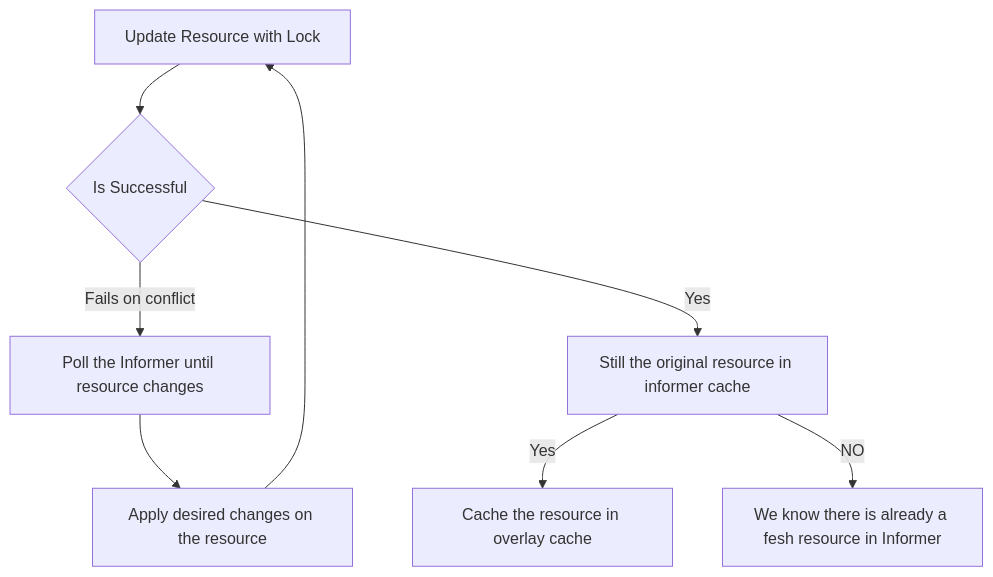
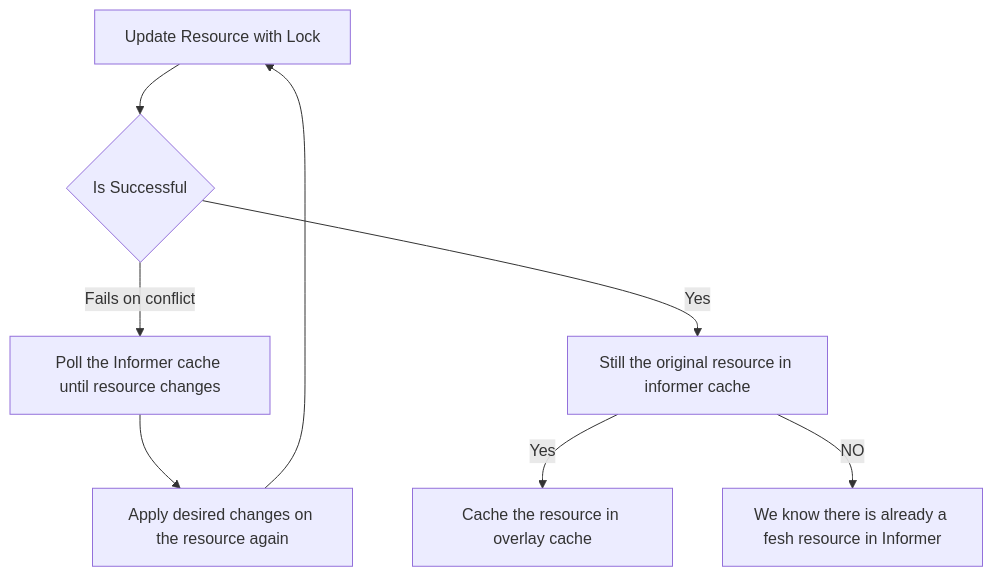
One commit to operator-framework/java-operator-sdk changed the diagram in docs/content/en/blog/news/primary-cache-for-next-recon.md. Above: the diagram before and after it, drawn with Mermaid. The commit also changed other lines of this file, not shown here.

````diff
--- a/docs/content/en/blog/news/primary-cache-for-next-recon.md
+++ b/docs/content/en/blog/news/primary-cache-for-next-recon.md
@@ -62,11 +63,11 @@
 ```mermaid
 flowchart TD
     A["Update Resource with Lock"] --> B{"Is Successful"}
-    B -- Fails on conflict --> D["Poll the Informer until resource changes"]
-    D --> n4["Apply desired changes on the resource"]
+    B -- Fails on conflict --> D["Poll the Informer cache until resource changes"]
+    D --> n4["Apply desired changes on the resource again"]
     B -- Yes --> n2["Still the original resource in informer cache"]
     n2 -- Yes --> C["Cache the resource in overlay cache"]
     n2 -- NO --> n3["We know there is already a fesh resource in Informer"]
     n4 --> A
 
 ```
````
